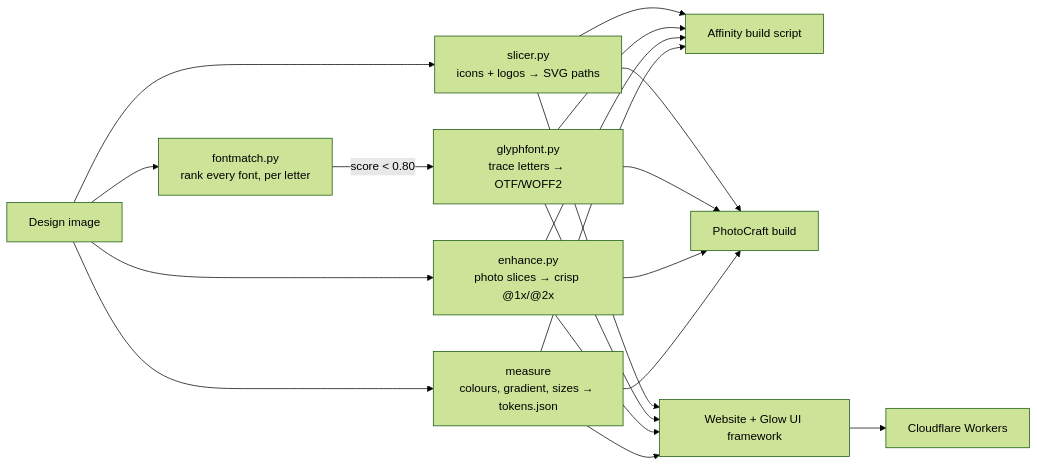
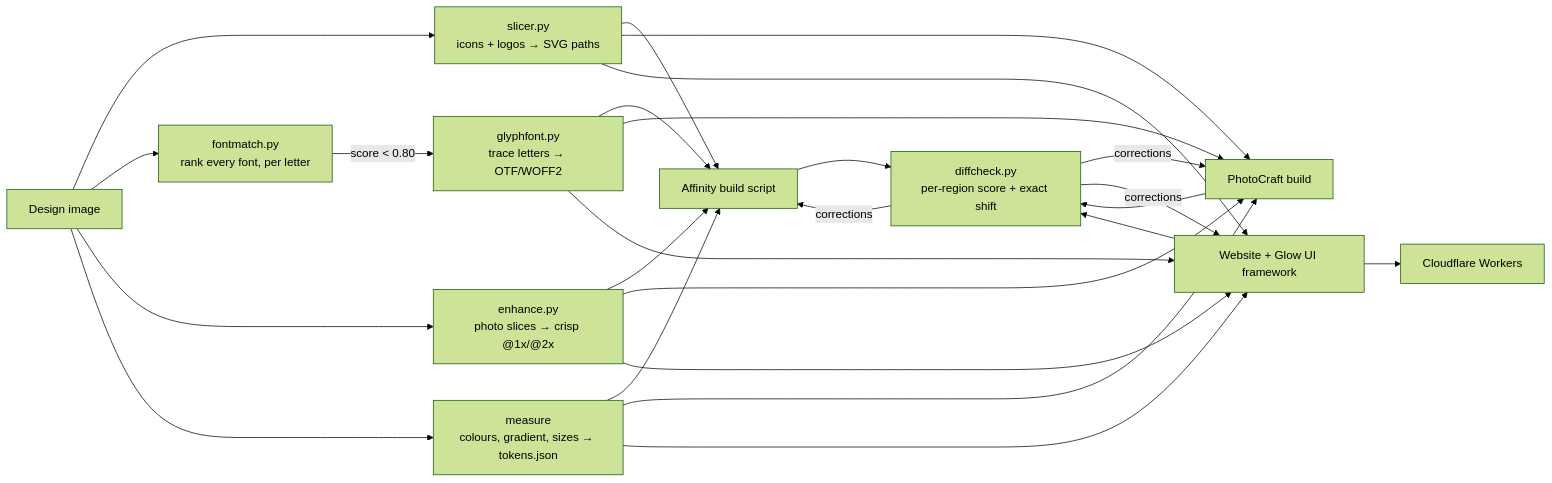
The diagram in README.md (FrozenFishe/glow-ui-recreation), drawn with Mermaid (forest theme) before and after one commit. The commit also changed other lines of this file and 35 other files, not shown here.

````diff
--- a/README.md
+++ b/README.md
@@ -95,12 +114,14 @@
 ```mermaid
 flowchart LR
   A[Design image] --> B[slicer.py<br>icons + logos → SVG paths]
   A --> C[fontmatch.py<br>rank every font, per letter]
   C -- score < 0.80 --> D[glyphfont.py<br>trace letters → OTF/WOFF2]
   A --> E[enhance.py<br>photo slices → crisp @1x/@2x]
   A --> F[measure<br>colours, gradient, sizes → tokens.json]
   B & D & E & F --> G[Affinity build script]
   B & D & E & F --> H[PhotoCraft build]
   B & D & E & F --> I[Website + Glow UI framework]
+  G & H & I --> K[diffcheck.py<br>per-region score + exact shift]
+  K -- corrections --> G & H & I
   I --> J[Cloudflare Workers]
 ```
````
